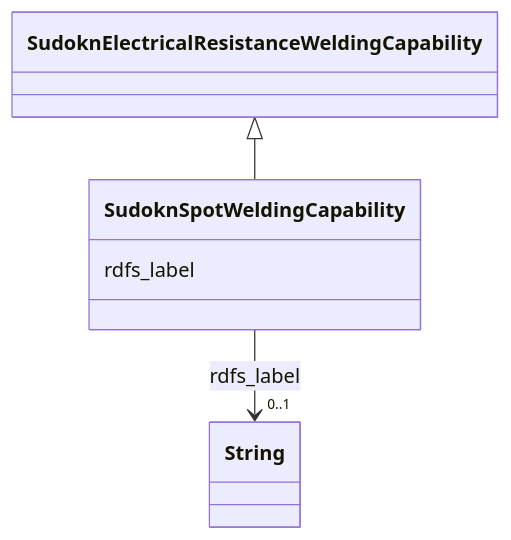
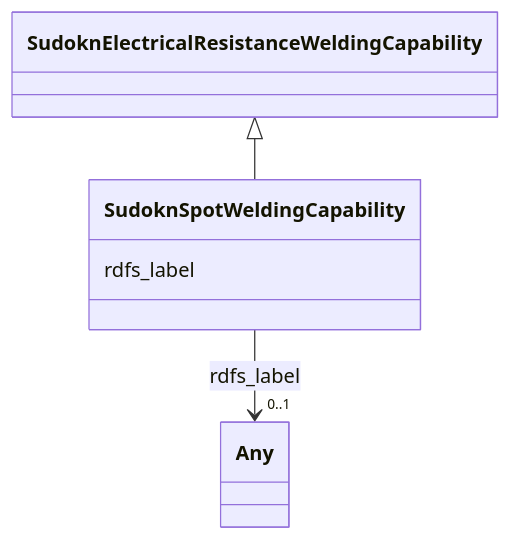
Before and after one commit to frink-okn/graph-descriptions: the diagram in sudokn-kg/classes/SudoknSpotWeldingCapability.md, drawn with Mermaid. The commit also changed other lines of this file and 903 other files, not shown here.

````diff
--- a/sudokn-kg/classes/SudoknSpotWeldingCapability.md
+++ b/sudokn-kg/classes/SudoknSpotWeldingCapability.md
@@ -23,18 +18,18 @@
 ```mermaid
  classDiagram
     class SudoknSpotWeldingCapability
     click SudoknSpotWeldingCapability href "../SudoknSpotWeldingCapability"
       SudoknElectricalResistanceWeldingCapability <|-- SudoknSpotWeldingCapability
         click SudoknElectricalResistanceWeldingCapability href "../SudoknElectricalResistanceWeldingCapability"
       
       SudoknSpotWeldingCapability : rdfs_label
         
           
     
     
-    SudoknSpotWeldingCapability --> "0..1" String : rdfs_label
-    click String href "../String"
+    SudoknSpotWeldingCapability --> "0..1" Any : rdfs_label
+    click Any href "../Any"
 
         
       
 ```
````
